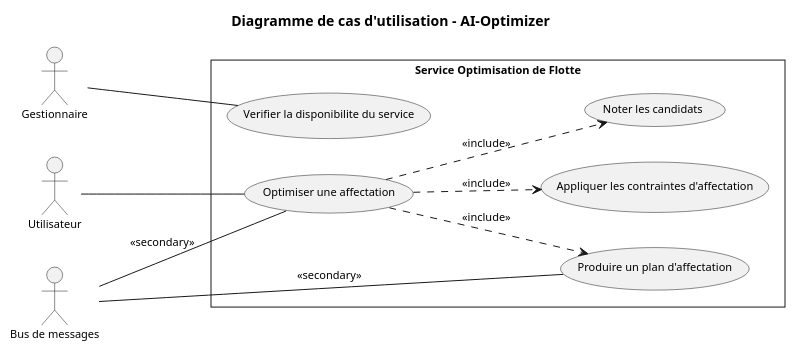
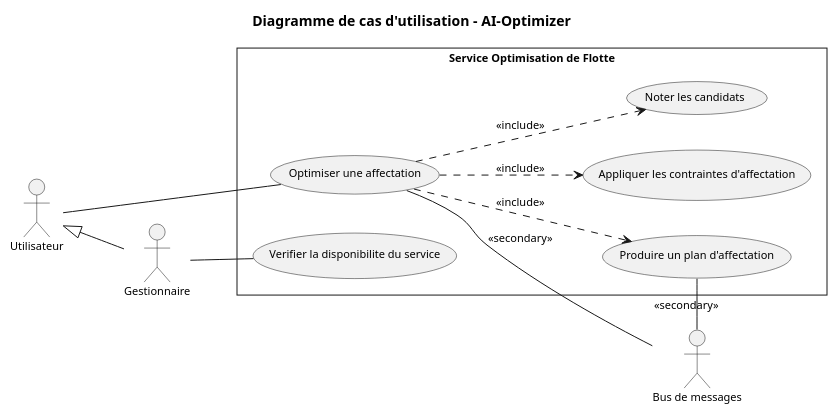
Before and after one commit to saber-barhoumi/Xpark-gmao: the diagram in docs/diagrams/microservices/AI-Optimizer/AI-Optimizer-usecase.puml, drawn with PlantUML. The commit also changed 6 other files, not shown here.

```diff
--- a/docs/diagrams/microservices/AI-Optimizer/AI-Optimizer-usecase.puml
+++ b/docs/diagrams/microservices/AI-Optimizer/AI-Optimizer-usecase.puml
@@ -1,41 +1,42 @@
 @startuml
 skinparam style strictuml
 skinparam packageStyle rectangle
 skinparam shadowing false
 skinparam defaultFontName Verdana
 skinparam defaultFontSize 11
 skinparam backgroundColor #FFFFFF
 left to right direction
 
 title Diagramme de cas d'utilisation - AI-Optimizer
 
 ' Acteurs principaux, empiles a gauche du plus general au plus specialise
 actor "Utilisateur" as Utilisateur
 actor "Gestionnaire" as Gestionnaire
 
 ' Generalisation : triangle creux, de l'enfant vers le parent
+Gestionnaire -up-|> Utilisateur
 
 rectangle "Service Optimisation de Flotte" {
   usecase "Optimiser une affectation" as UC_Optimiser_une_affectation
   usecase "Appliquer les contraintes d'affectation" as UC_Appliquer_les_contraintes_d_affect
   usecase "Noter les candidats" as UC_Noter_les_candidats
   usecase "Produire un plan d'affectation" as UC_Produire_un_plan_d_affectation
   usecase "Verifier la disponibilite du service" as UC_Verifier_la_disponibilite_du_servi
 }
 
 ' Acteurs secondaires, a droite, hors de la frontiere
 actor "Bus de messages" as Bus
 
 ' Associations : trait continu sans fleche (relation d'association)
 Utilisateur -- UC_Optimiser_une_affectation
 Gestionnaire -- UC_Verifier_la_disponibilite_du_servi
 
-Bus -- UC_Optimiser_une_affectation : << secondary >>
-Bus -- UC_Produire_un_plan_d_affectation : << secondary >>
+UC_Optimiser_une_affectation -right- Bus : << secondary >>
+UC_Produire_un_plan_d_affectation -right- Bus : << secondary >>
 
 ' << include >> : du cas de base vers le cas obligatoire
 UC_Optimiser_une_affectation ..> UC_Appliquer_les_contraintes_d_affect : << include >>
 UC_Optimiser_une_affectation ..> UC_Noter_les_candidats : << include >>
 UC_Optimiser_une_affectation ..> UC_Produire_un_plan_d_affectation : << include >>
 
 @enduml
```
